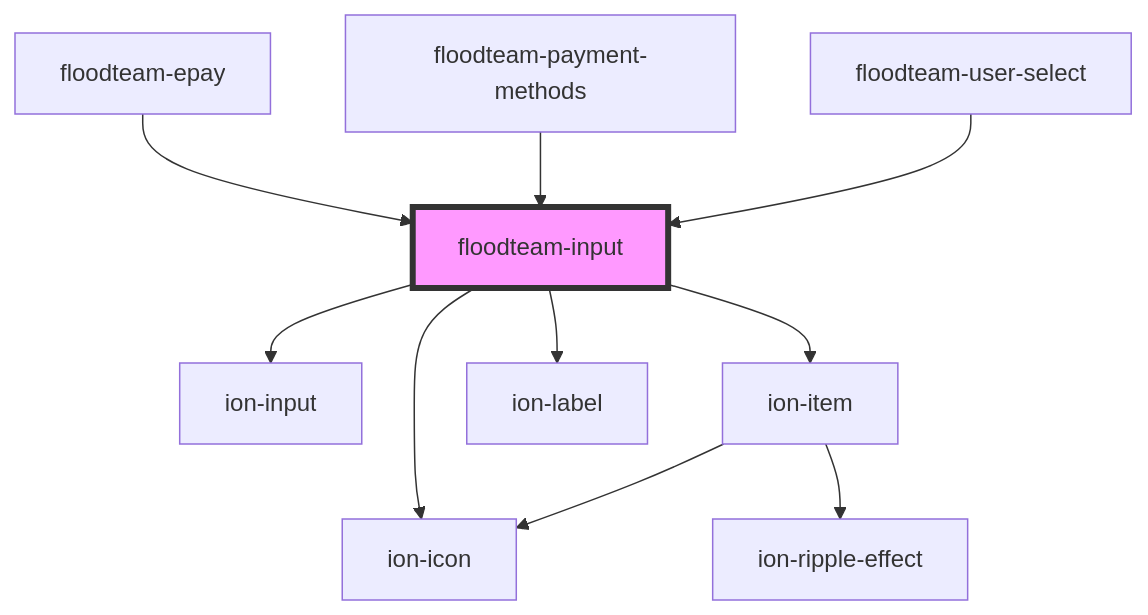
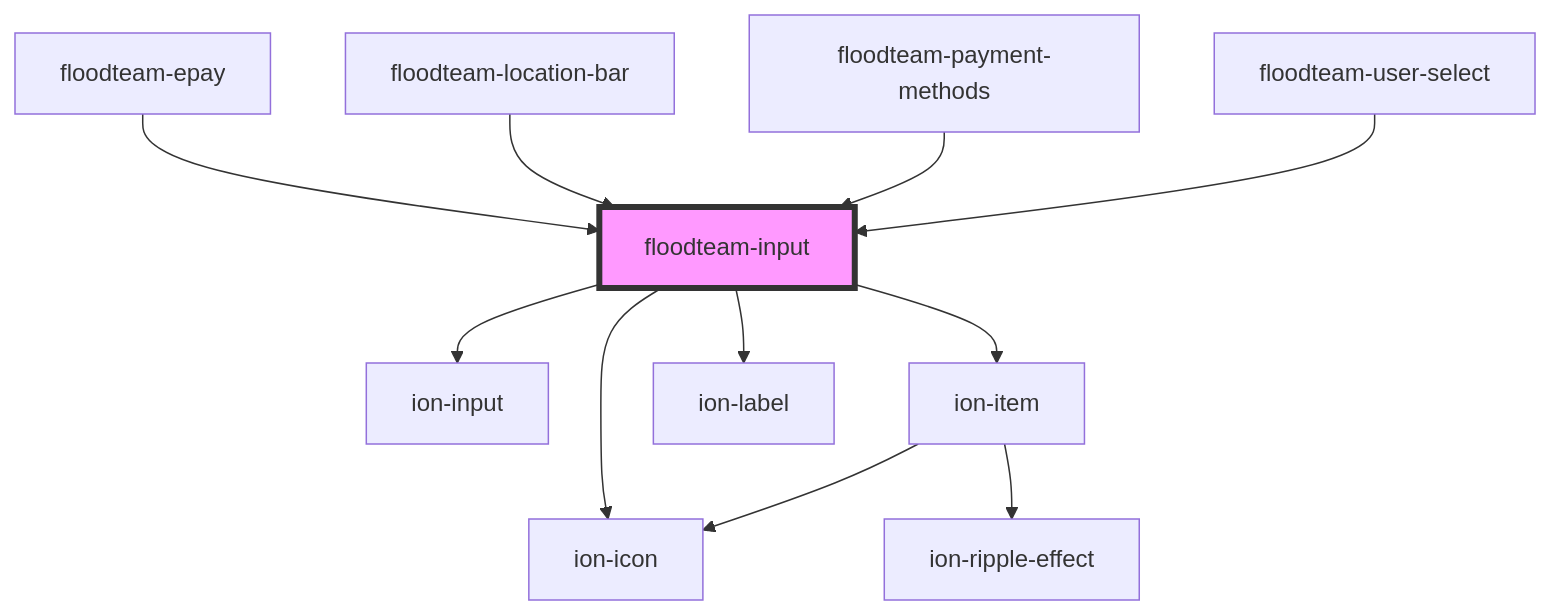
Before and after one commit to FloodTeam/components: the diagram in src/components/input/readme.md, drawn with Mermaid. The commit also changed other lines of this file and 7 other files, not shown here.

Commit message:
fix(): Start new location bar component

````diff
--- a/src/components/input/readme.md
+++ b/src/components/input/readme.md
@@ -123,13 +124,14 @@
 ```mermaid
 graph TD;
   floodteam-input --> ion-input
   floodteam-input --> ion-item
   floodteam-input --> ion-icon
   floodteam-input --> ion-label
   ion-item --> ion-icon
   ion-item --> ion-ripple-effect
   floodteam-epay --> floodteam-input
+  floodteam-location-bar --> floodteam-input
   floodteam-payment-methods --> floodteam-input
   floodteam-user-select --> floodteam-input
   style floodteam-input fill:#f9f,stroke:#333,stroke-width:4px
 ```
````
